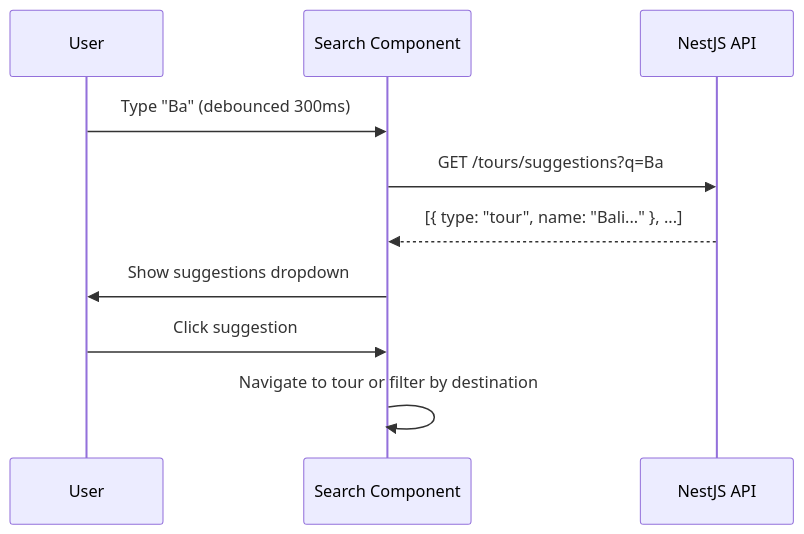
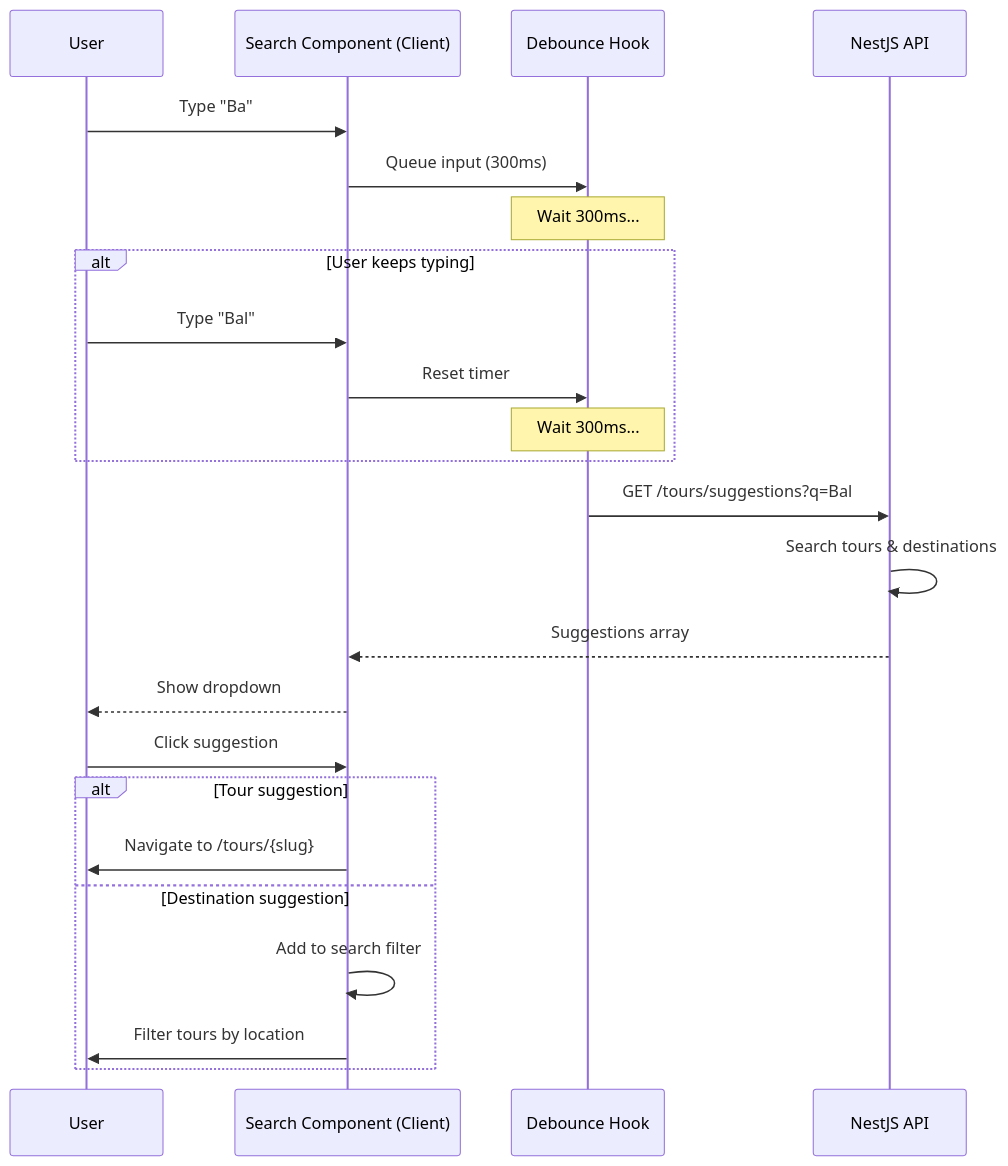
Before and after one commit to Trungkien2/booking_tour: the fourth of 6 diagrams in docs/screens/tours-overview/tdd-tours-overview.md, drawn with Mermaid. The commit also changed other lines of this file and 59 other files, not shown here.

````diff
--- a/docs/screens/tours-overview/tdd-tours-overview.md
+++ b/docs/screens/tours-overview/tdd-tours-overview.md
@@ -1150,13 +1693,31 @@
 ```mermaid
 sequenceDiagram
     participant User
-    participant SearchBox as Search Component
+    participant SearchBox as Search Component (Client)
+    participant Debounce as Debounce Hook
     participant API as NestJS API
 
-    User->>SearchBox: Type "Ba" (debounced 300ms)
-    SearchBox->>API: GET /tours/suggestions?q=Ba
-    API-->>SearchBox: [{ type: "tour", name: "Bali..." }, ...]
-    SearchBox->>User: Show suggestions dropdown
+    User->>SearchBox: Type "Ba"
+    SearchBox->>Debounce: Queue input (300ms)
+    Note over Debounce: Wait 300ms...
+    
+    alt User keeps typing
+        User->>SearchBox: Type "Bal"
+        SearchBox->>Debounce: Reset timer
+        Note over Debounce: Wait 300ms...
+    end
+    
+    Debounce->>API: GET /tours/suggestions?q=Bal
+    API->>API: Search tours & destinations
+    API-->>SearchBox: Suggestions array
+    SearchBox-->>User: Show dropdown
+    
     User->>SearchBox: Click suggestion
-    SearchBox->>SearchBox: Navigate to tour or filter by destination
+    
+    alt Tour suggestion
+        SearchBox->>User: Navigate to /tours/{slug}
+    else Destination suggestion
+        SearchBox->>SearchBox: Add to search filter
+        SearchBox->>User: Filter tours by location
+    end
 ```
````
